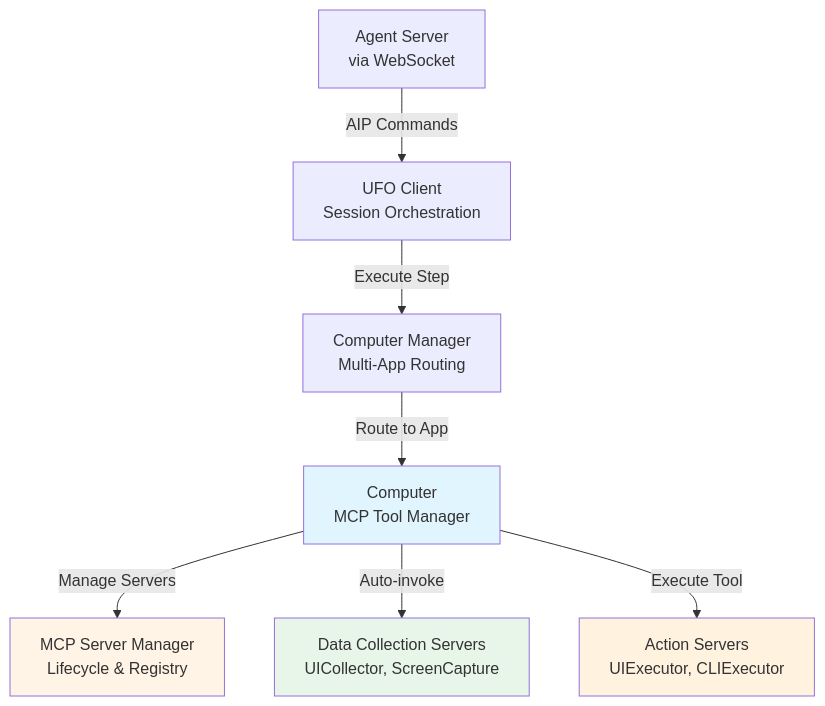
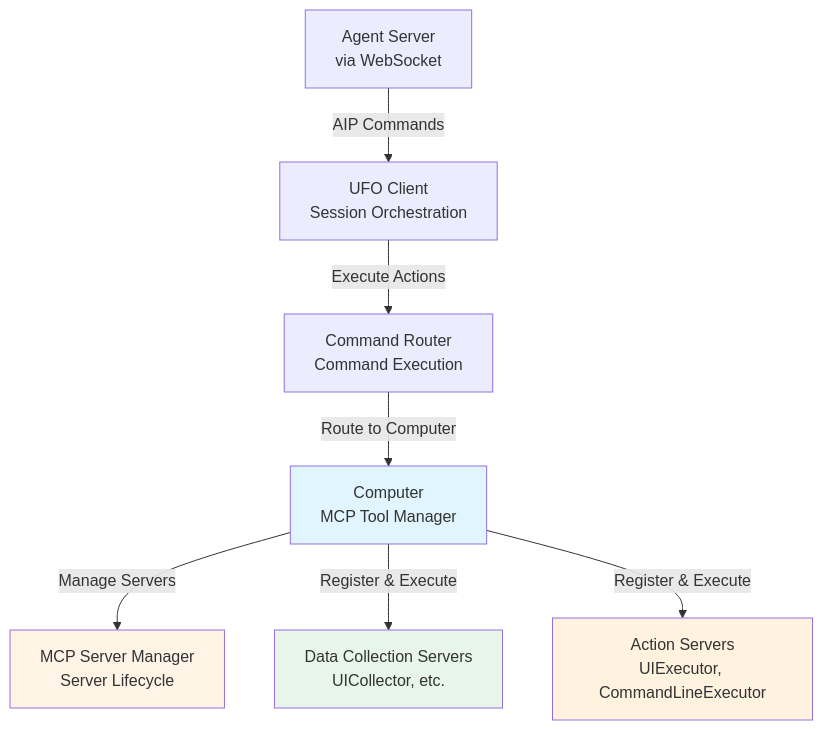
Before and after one commit to microsoft/UFO: the first of 2 diagrams in documents/docs/client/mcp_integration.md, drawn with Mermaid. The commit also changed other lines of this file and 7 other files, not shown here.

````diff
--- a/documents/docs/client/mcp_integration.md
+++ b/documents/docs/client/mcp_integration.md
@@ -28,23 +19,23 @@
 ```mermaid
 graph TB
     Server[Agent Server<br/>via WebSocket]
     Client[UFO Client<br/>Session Orchestration]
-    ComputerMgr[Computer Manager<br/>Multi-App Routing]
+    Router[Command Router<br/>Command Execution]
     Computer[Computer<br/>MCP Tool Manager]
-    MCPMgr[MCP Server Manager<br/>Lifecycle & Registry]
+    MCPMgr[MCP Server Manager<br/>Server Lifecycle]
     
-    DataServers[Data Collection Servers<br/>UICollector, ScreenCapture]
-    ActionServers[Action Servers<br/>UIExecutor, CLIExecutor]
+    DataServers[Data Collection Servers<br/>UICollector, etc.]
+    ActionServers[Action Servers<br/>UIExecutor, CommandLineExecutor]
     
     Server -->|AIP Commands| Client
-    Client -->|Execute Step| ComputerMgr
-    ComputerMgr -->|Route to App| Computer
+    Client -->|Execute Actions| Router
+    Router -->|Route to Computer| Computer
     Computer -->|Manage Servers| MCPMgr
-    Computer -->|Auto-invoke| DataServers
-    Computer -->|Execute Tool| ActionServers
+    Computer -->|Register & Execute| DataServers
+    Computer -->|Register & Execute| ActionServers
     
     style Computer fill:#e1f5ff
     style MCPMgr fill:#fff4e6
     style DataServers fill:#e8f5e9
     style ActionServers fill:#fff3e0
 ```
````
